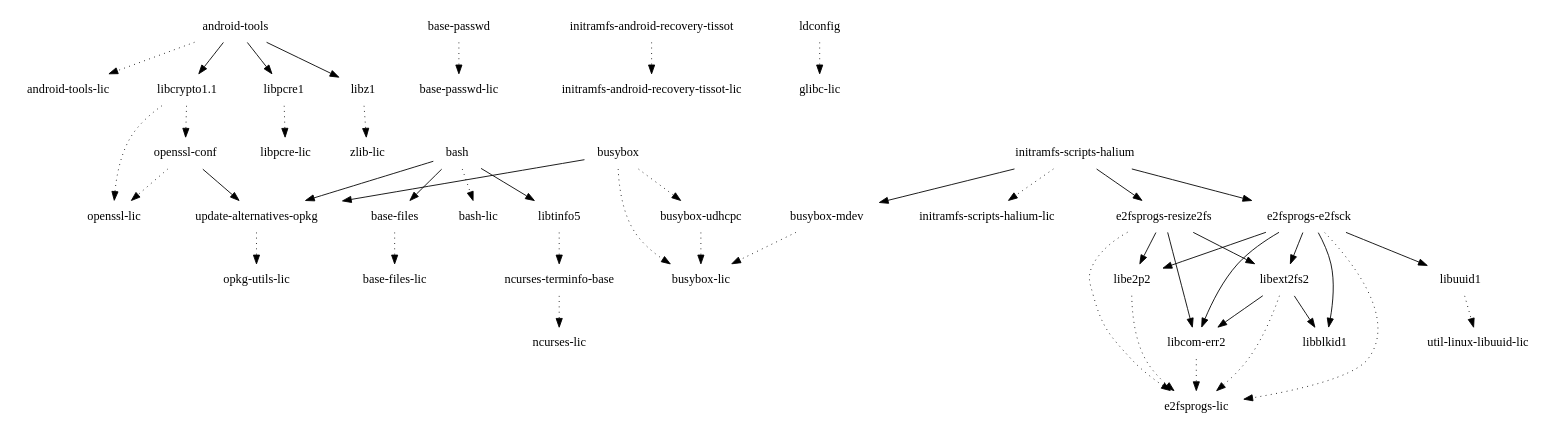
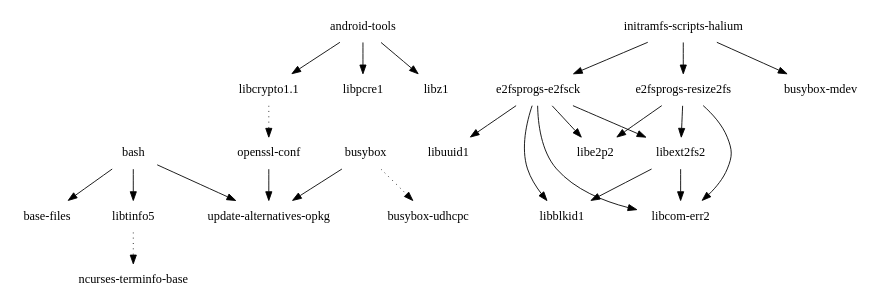
One commit to webOS-ports/buildhistory changed the diagram in images/tissot/glibc/initramfs-android-image/depends-nokernel-nolibc.dot. Above: the diagram before and after it, drawn with Graphviz. The commit also changed 396 other files, not shown here.

```diff
--- a/images/tissot/glibc/initramfs-android-image/depends-nokernel-nolibc.dot
+++ b/images/tissot/glibc/initramfs-android-image/depends-nokernel-nolibc.dot
@@ -1,49 +1,27 @@
 digraph depends {
     node [shape=plaintext]
-"android-tools" -> "android-tools-lic" [style=dotted]
 "android-tools" -> "libcrypto1.1"
 "android-tools" -> "libpcre1"
 "android-tools" -> "libz1"
-"base-files" -> "base-files-lic" [style=dotted]
-"base-passwd" -> "base-passwd-lic" [style=dotted]
 "bash" -> "base-files"
-"bash" -> "bash-lic" [style=dotted]
 "bash" -> "libtinfo5"
 "bash" -> "update-alternatives-opkg"
-"busybox" -> "busybox-lic" [style=dotted]
 "busybox" -> "busybox-udhcpc" [style=dotted]
-"busybox-mdev" -> "busybox-lic" [style=dotted]
-"busybox-udhcpc" -> "busybox-lic" [style=dotted]
 "busybox" -> "update-alternatives-opkg"
-"e2fsprogs-e2fsck" -> "e2fsprogs-lic" [style=dotted]
 "e2fsprogs-e2fsck" -> "libblkid1"
 "e2fsprogs-e2fsck" -> "libcom-err2"
 "e2fsprogs-e2fsck" -> "libe2p2"
 "e2fsprogs-e2fsck" -> "libext2fs2"
 "e2fsprogs-e2fsck" -> "libuuid1"
-"e2fsprogs-resize2fs" -> "e2fsprogs-lic" [style=dotted]
 "e2fsprogs-resize2fs" -> "libcom-err2"
 "e2fsprogs-resize2fs" -> "libe2p2"
 "e2fsprogs-resize2fs" -> "libext2fs2"
-"initramfs-android-recovery-tissot" -> "initramfs-android-recovery-tissot-lic" [style=dotted]
 "initramfs-scripts-halium" -> "busybox-mdev"
 "initramfs-scripts-halium" -> "e2fsprogs-e2fsck"
 "initramfs-scripts-halium" -> "e2fsprogs-resize2fs"
-"initramfs-scripts-halium" -> "initramfs-scripts-halium-lic" [style=dotted]
-"ldconfig" -> "glibc-lic" [style=dotted]
-"libcom-err2" -> "e2fsprogs-lic" [style=dotted]
 "libcrypto1.1" -> "openssl-conf" [style=dotted]
-"libcrypto1.1" -> "openssl-lic" [style=dotted]
-"libe2p2" -> "e2fsprogs-lic" [style=dotted]
-"libext2fs2" -> "e2fsprogs-lic" [style=dotted]
 "libext2fs2" -> "libblkid1"
 "libext2fs2" -> "libcom-err2"
-"libpcre1" -> "libpcre-lic" [style=dotted]
 "libtinfo5" -> "ncurses-terminfo-base" [style=dotted]
-"libuuid1" -> "util-linux-libuuid-lic" [style=dotted]
-"libz1" -> "zlib-lic" [style=dotted]
-"ncurses-terminfo-base" -> "ncurses-lic" [style=dotted]
-"openssl-conf" -> "openssl-lic" [style=dotted]
 "openssl-conf" -> "update-alternatives-opkg"
-"update-alternatives-opkg" -> "opkg-utils-lic" [style=dotted]
 }
```
